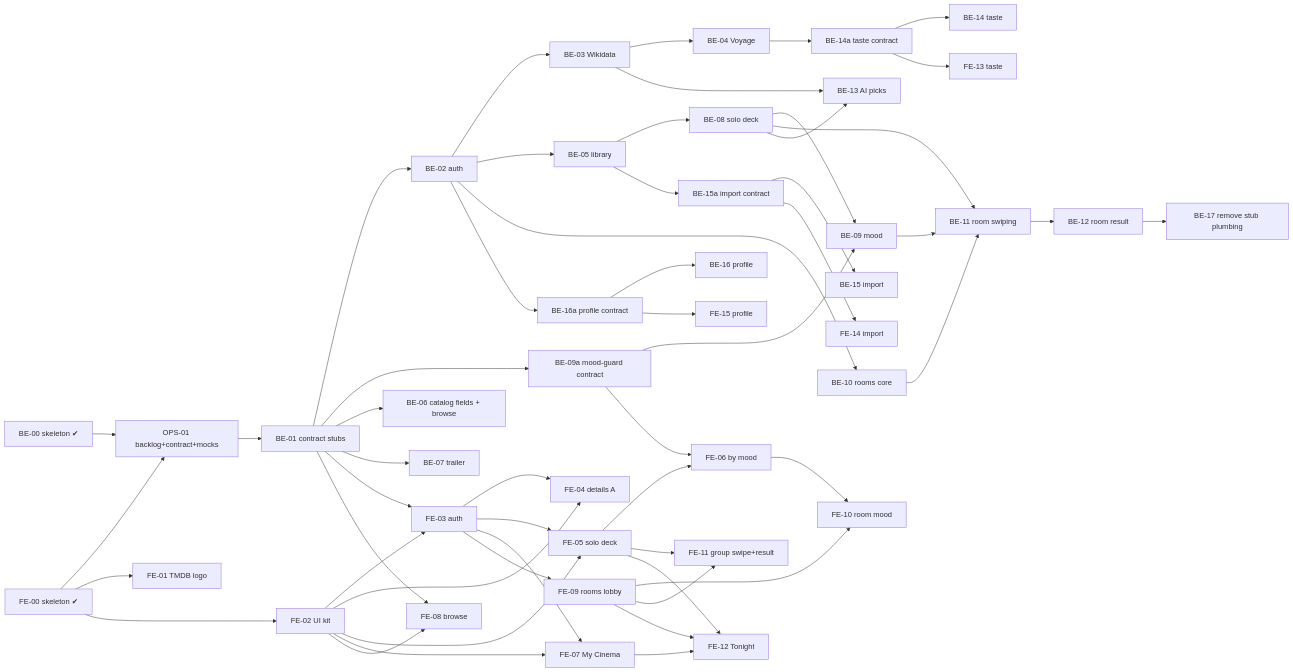
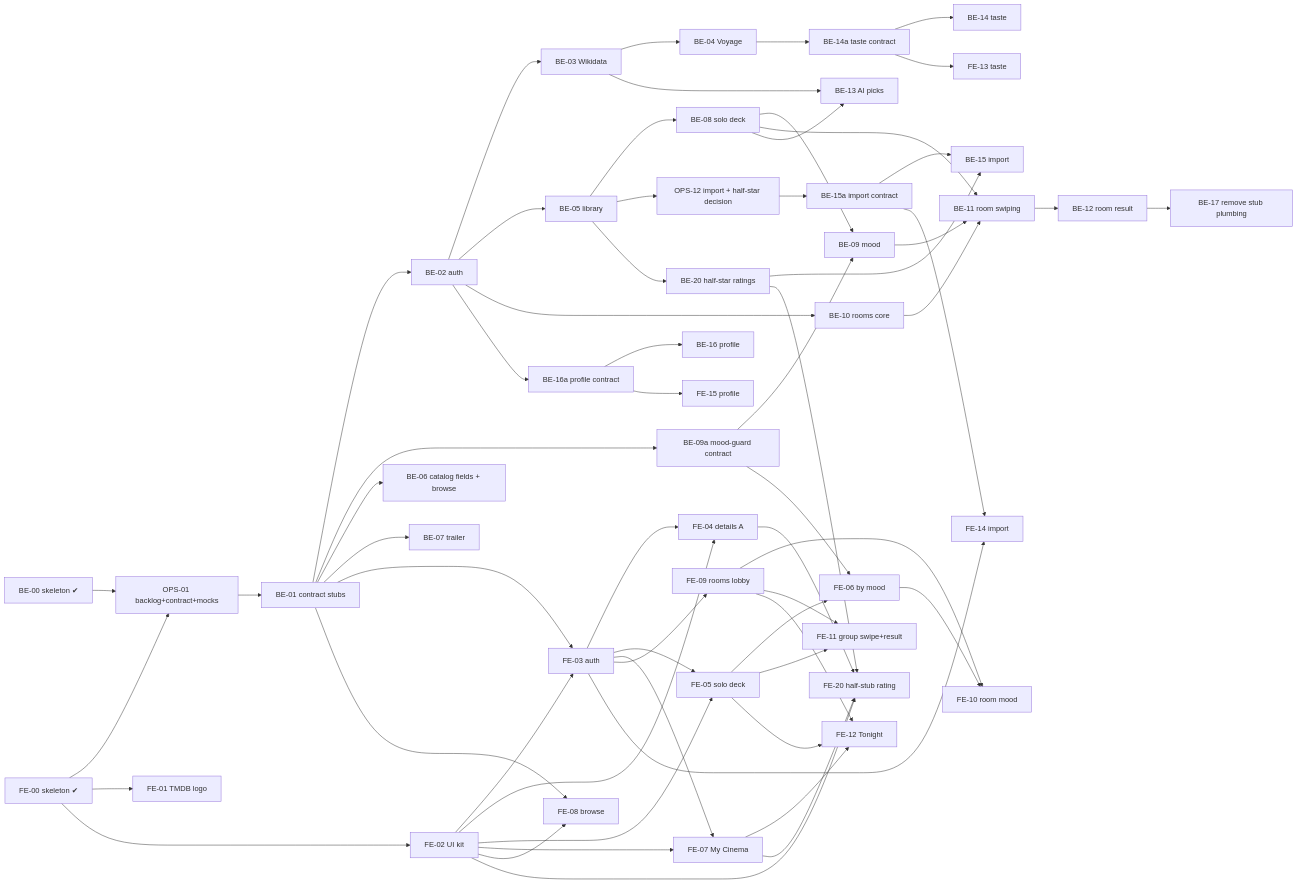
The diagram in docs/backlog.md (osamashtayat/lthaca), drawn with Mermaid before and after one commit. The commit also changed other lines of this file and 5 other files, not shown here.

Commit message:
[OPS-12] ADR-0024, api-contract §13 Import and §7 half stars, backlog tasks

````diff
--- a/docs/backlog.md
+++ b/docs/backlog.md
@@ -20,31 +20,36 @@
 ```mermaid
 flowchart LR
   BE00[BE-00 skeleton ✔] --> OPS01[OPS-01 backlog+contract+mocks] --> BE01[BE-01 contract stubs]
   FE00[FE-00 skeleton ✔] --> OPS01
   BE01 --> BE02[BE-02 auth] --> BE03[BE-03 Wikidata] --> BE04[BE-04 Voyage]
   BE02 --> BE05[BE-05 library] --> BE08[BE-08 solo deck] --> BE09[BE-09 mood]
   BE01 --> BE09a[BE-09a mood-guard contract] --> BE09
   BE09a --> FE06
   BE01 --> BE06[BE-06 catalog fields + browse]
   BE01 --> BE07[BE-07 trailer]
   BE02 --> BE10[BE-10 rooms core] --> BE11[BE-11 room swiping] --> BE12[BE-12 room result]
   BE08 --> BE11
   BE09 --> BE11
   BE03 & BE08 --> BE13[BE-13 AI picks]
   BE04 --> BE14a[BE-14a taste contract] --> BE14[BE-14 taste]
-  BE05 --> BE15a[BE-15a import contract] --> BE15[BE-15 import]
+  OPS12[OPS-12 import + half-star decision] --> BE15a[BE-15a import contract] --> BE15[BE-15 import]
+  BE05 --> OPS12
+  BE05 --> BE20[BE-20 half-star ratings] --> BE15
   BE02 --> BE16a[BE-16a profile contract] --> BE16[BE-16 profile]
   BE12 --> BE17[BE-17 remove stub plumbing]
 
   FE00 --> FE01[FE-01 TMDB logo] & FE02[FE-02 UI kit]
   BE01 --> FE03[FE-03 auth] & FE08[FE-08 browse]
   FE02 --> FE03 & FE04[FE-04 details A] & FE05[FE-05 solo deck] & FE07[FE-07 My Cinema] & FE08
   FE03 --> FE04 & FE05 & FE07 & FE09[FE-09 rooms lobby]
   FE05 --> FE06[FE-06 by mood] & FE11[FE-11 group swipe+result]
   FE09 --> FE10[FE-10 room mood] & FE11
   FE06 --> FE10
   FE05 & FE07 & FE09 --> FE12[FE-12 Tonight]
   BE14a --> FE13[FE-13 taste]
   BE15a --> FE14[FE-14 import]
+  FE03 --> FE14
+  BE20 --> FE20[FE-20 half-stub rating]
+  FE02 & FE04 & FE07 --> FE20
   BE16a --> FE15[FE-15 profile]
 ```
````
